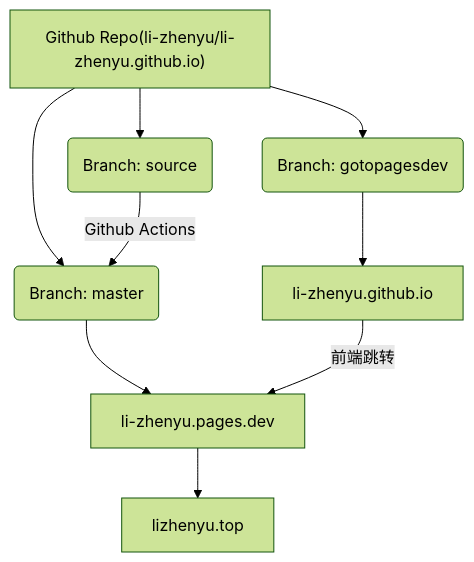
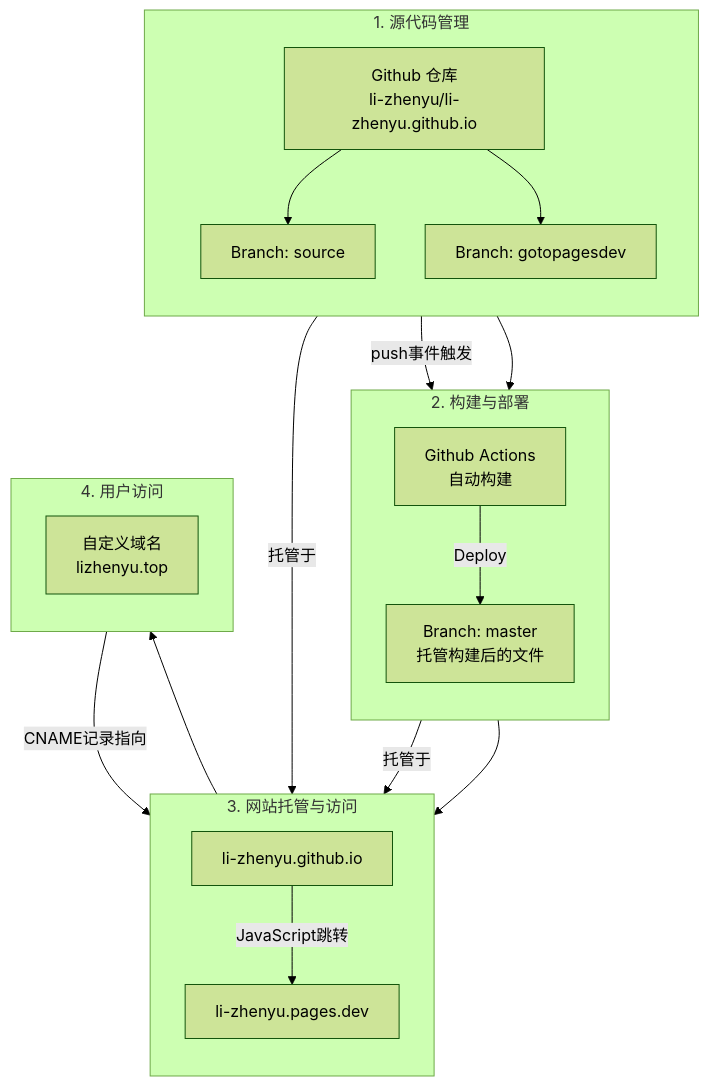
The diagram in src/pages/about.md (li-zhenyu/li-zhenyu.github.io), drawn with Mermaid (forest theme) before and after one commit.

Commit message:
更新关于页面，重构网站架构图，优化内容描述

````diff
--- a/src/pages/about.md
+++ b/src/pages/about.md
@@ -14,9 +10,29 @@
 ```mermaid
-flowchart
-A["Github Repo(li-zhenyu/li-zhenyu.github.io)"] --> B(Branch: master) & C(Branch: source) & D(Branch: gotopagesdev)
-B --> E[li-zhenyu.pages.dev]
-E --> F[lizhenyu.top]
-D --> G[li-zhenyu.github.io]
-G -->|前端跳转| E
-C -->|Github Actions| B
+flowchart TD
+    subgraph S1 [1. 源代码管理]
+        direction TB
+        Repo["Github 仓库<br/>li-zhenyu/li-zhenyu.github.io"]
+        Repo --> C[Branch: source]
+        Repo --> D[Branch: gotopagesdev]
+    end
+
+    subgraph S2 [2. 构建与部署]
+        direction TB
+        C --push事件触发--> Actions[Github Actions<br/>自动构建]
+        Actions --Deploy--> B
+    end
+
+    subgraph S3 [3. 网站托管与访问]
+        direction TB
+        B[Branch: master<br/>托管构建后的文件] -- 托管于 --> E[li-zhenyu.pages.dev]
+        D -- 托管于 --> G[li-zhenyu.github.io]
+    end
+
+    subgraph S4 [4. 用户访问]
+        direction TB
+        F["自定义域名<br/>lizhenyu.top"] -- CNAME记录指向 --> E
+        G -- JavaScript跳转 --> E
+    end
+
+    S1 --> S2 --> S3 --> S4
 ```
````
